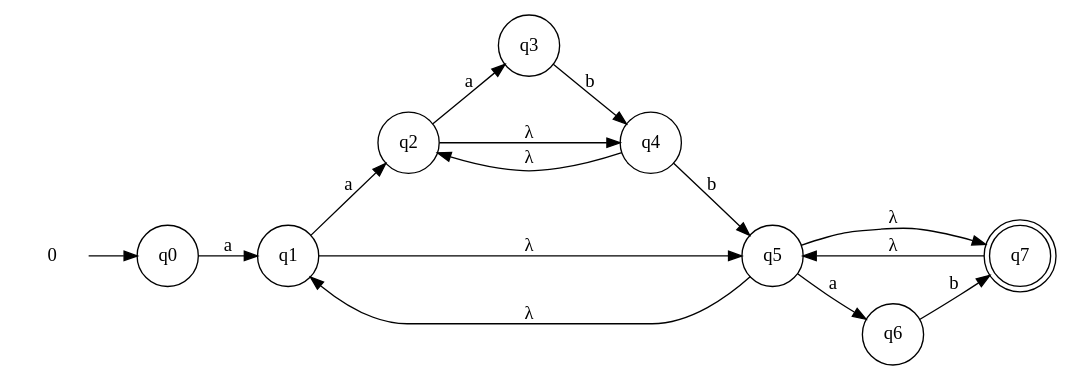
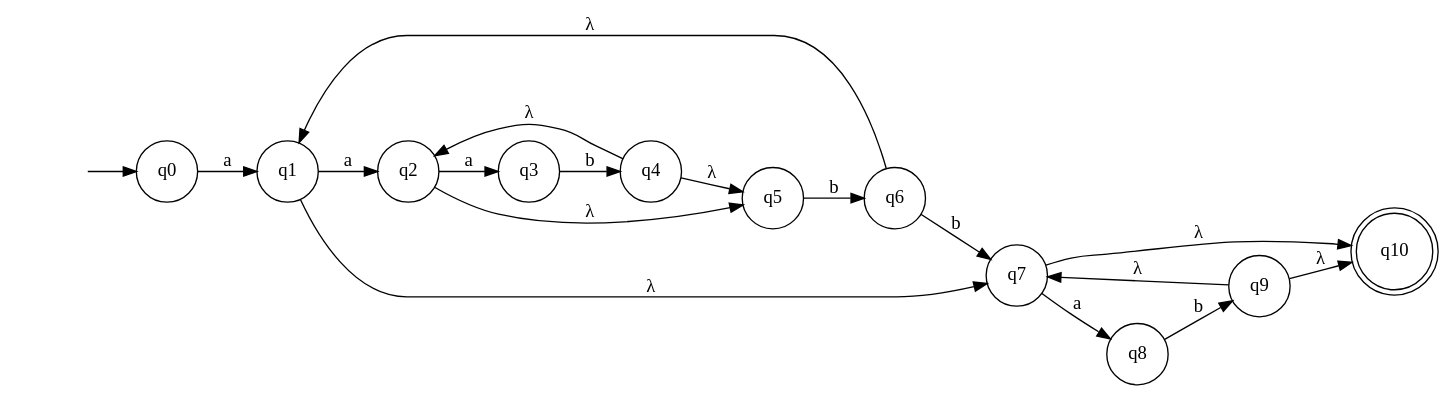
Before and after one commit to NRU-MPEI-IMAI/regular-languages-and-finite-machines-antonch2: the diagram in scripts/3/g32_nka.dot, drawn with Graphviz. The commit also changed 24 other files, not shown here.

```diff
--- a/scripts/3/g32_nka.dot
+++ b/scripts/3/g32_nka.dot
@@ -1,21 +1,26 @@
 digraph G {
-	rankdir=LR; 
-	node [shape=none]; 0;
-	node [shape=doublecircle]; q7;
-	node [shape=circle]; q0 q1 q2 q3 q4 q5 q6;
+  rankdir=LR;
+  node [shape=doublecircle] q10;
+  node [shape=circle];
 
-	0 -> q0;
-	q0 -> q1 [label = "a"];
-	q1 -> q2 [label = "a"];
-	q1 -> q5 [label = "λ"];
-	q5 -> q1 [label = "λ"];
-	q2 -> q3 [label = "a"];
-	q2 -> q4 [label = "λ"];
-	q4 -> q2 [label = "λ"];
-	q3 -> q4 [label = "b"];
-	q4 -> q5 [label = "b"];
-	q5 -> q6 [label = "a"];
-	q5 -> q7 [label = "λ"];
-	q7 -> q5 [label = "λ"];
-	q6 -> q7 [label = "b"];
+  q0 -> q1 [label="a"];
+  q1 -> q2 [label="a"];
+  q2 -> q3 [label="a"];
+  q3 -> q4 [label="b"];
+  q4 -> q5 [label="λ"];
+  q5 -> q6 [label="b"];
+  q6 -> q7 [label="b"];
+  q7 -> q8 [label="a"];
+  q8 -> q9 [label="b"];
+  q9 -> q10 [label="λ"];
+
+
+  q1 -> q7 [label="λ"];
+  q6 -> q1 [label="λ"];
+  q4 -> q2 [label="λ"];
+  q2 -> q5 [label="λ"];
+  q9 -> q7 [label="λ"];
+  q7 -> q10 [label="λ"];
+  node [shape=none, label=""];
+  0 -> q0;
 }
```
